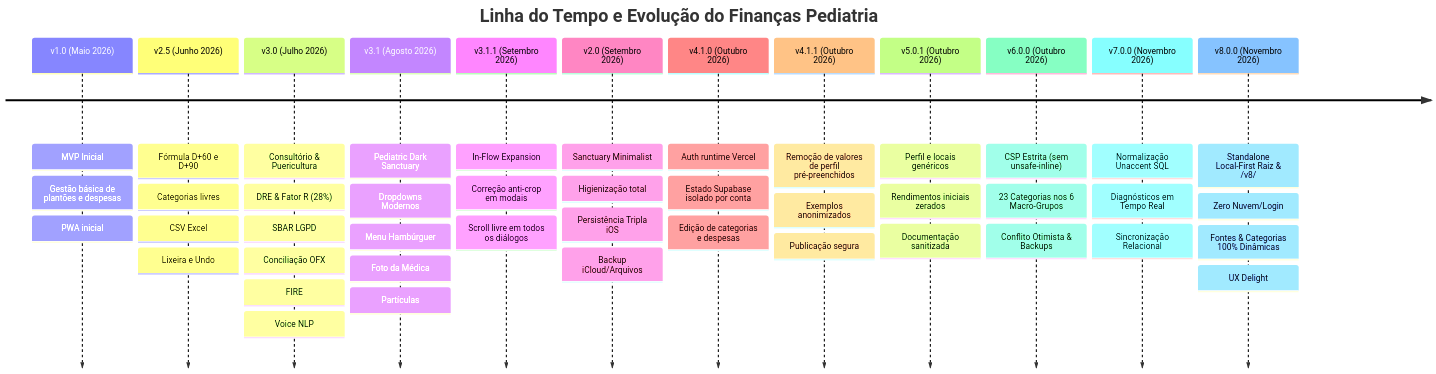
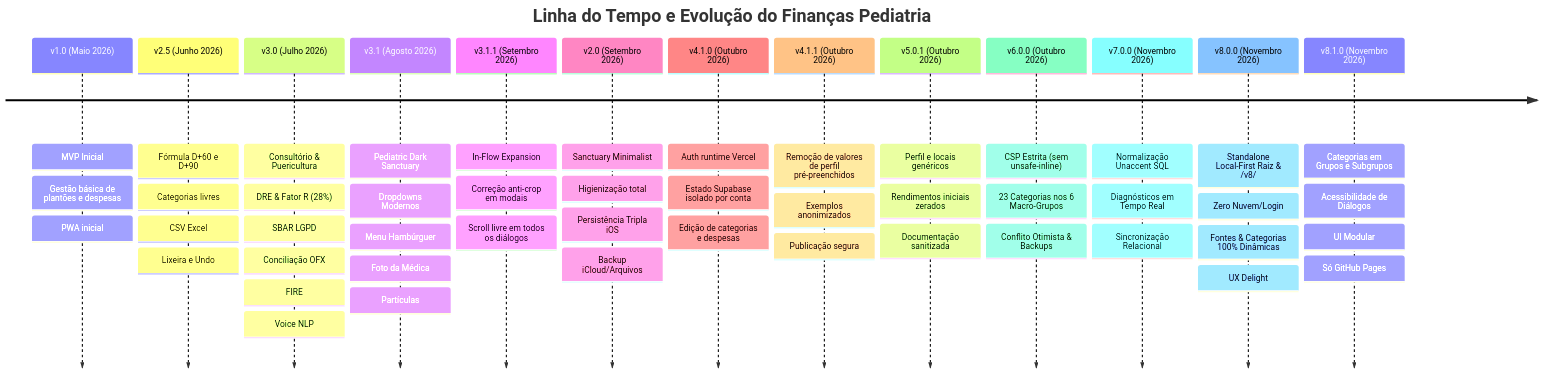
One commit to Chneto/Nanda_ped changed the diagram in roadmap.md. Above: the diagram before and after it, drawn with Mermaid. The commit also changed other lines of this file and 51 other files, not shown here.

````diff
--- a/roadmap.md
+++ b/roadmap.md
@@ -26,16 +25,17 @@
 ```mermaid
 timeline
     title Linha do Tempo e Evolução do Finanças Pediatria
     v1.0 (Maio 2026) : MVP Inicial : Gestão básica de plantões e despesas : PWA inicial
     v2.5 (Junho 2026) : Fórmula D+60 e D+90 : Categorias livres : CSV Excel : Lixeira e Undo
     v3.0 (Julho 2026) : Consultório & Puericultura : DRE & Fator R (28%) : SBAR LGPD : Conciliação OFX : FIRE : Voice NLP
     v3.1 (Agosto 2026) : Pediatric Dark Sanctuary : Dropdowns Modernos : Menu Hambúrguer : Foto da Médica : Partículas
     v3.1.1 (Setembro 2026) : In-Flow Expansion : Correção anti-crop em modais : Scroll livre em todos os diálogos
     v2.0 (Setembro 2026) : Sanctuary Minimalist : Higienização total : Persistência Tripla iOS : Backup iCloud/Arquivos
     v4.1.0 (Outubro 2026) : Auth runtime Vercel : Estado Supabase isolado por conta : Edição de categorias e despesas
     v4.1.1 (Outubro 2026) : Remoção de valores de perfil pré-preenchidos : Exemplos anonimizados : Publicação segura
     v5.0.1 (Outubro 2026) : Perfil e locais genéricos : Rendimentos iniciais zerados : Documentação sanitizada
     v6.0.0 (Outubro 2026) : CSP Estrita (sem unsafe-inline) : 23 Categorias nos 6 Macro-Grupos : Conflito Otimista & Backups
     v7.0.0 (Novembro 2026) : Normalização Unaccent SQL : Diagnósticos em Tempo Real : Sincronização Relacional
     v8.0.0 (Novembro 2026) : Standalone Local-First Raiz & /v8/ : Zero Nuvem/Login : Fontes & Categorias 100% Dinâmicas : UX Delight
+    v8.1.0 (Novembro 2026) : Categorias em Grupos e Subgrupos : Acessibilidade de Diálogos : UI Modular : Só GitHub Pages
 ```
````
